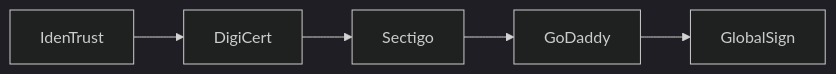
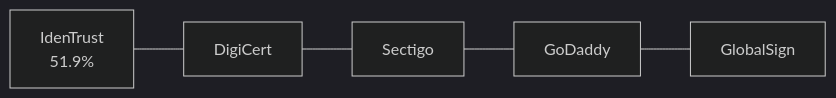
One commit to Rajeev-Tamang/OpenSSL changed the third of 3 diagrams in README.md. Above: the diagram before and after it, drawn with Mermaid (dark theme). The commit also changed other lines of this file, not shown here.

````diff
--- a/README.md
+++ b/README.md
@@ -102,7 +106,8 @@
      ```mermaid
      graph LR
-     IdenTrust -->DigiCert
-     DigiCert-->Sectigo
-     Sectigo-->GoDaddy
-     GoDaddy-->GlobalSign
+     IdenTrust["IdenTrust<br>51.9%"]
+     IdenTrust---DigiCert
+     DigiCert---Sectigo
+     Sectigo---GoDaddy
+     GoDaddy---GlobalSign
      ``` 
````
